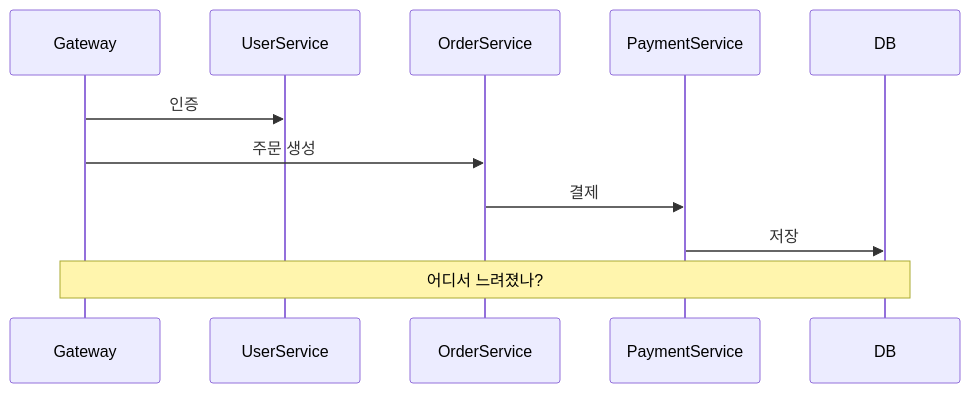
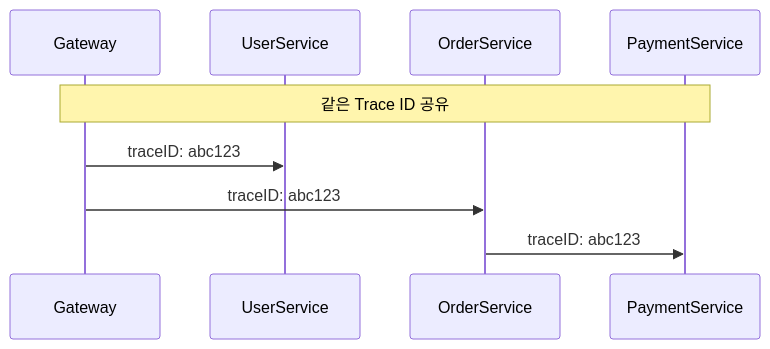
The fourth of 7 diagrams in src/content/backend/go/enterprise-go-8-observability.md (KimSeogyu/KimSeogyu.github.io), drawn with Mermaid before and after one commit. The commit also changed other lines of this file and 7 other files, not shown here.

````diff
--- a/src/content/backend/go/enterprise-go-8-observability.md
+++ b/src/content/backend/go/enterprise-go-8-observability.md
@@ -163,15 +133,13 @@
 ```mermaid
 sequenceDiagram
     participant Gateway
     participant UserService
     participant OrderService
     participant PaymentService
-    participant DB
     
-    Gateway->>UserService: 인증
-    Gateway->>OrderService: 주문 생성
-    OrderService->>PaymentService: 결제
-    PaymentService->>DB: 저장
+    Note over Gateway,PaymentService: 같은 Trace ID 공유
     
-    Note over Gateway,DB: 어디서 느려졌나?
+    Gateway->>UserService: traceID: abc123
+    Gateway->>OrderService: traceID: abc123
+    OrderService->>PaymentService: traceID: abc123
 ```
````
